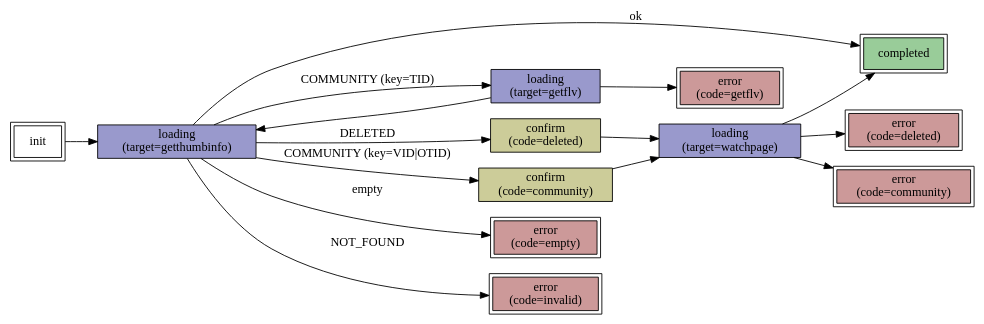
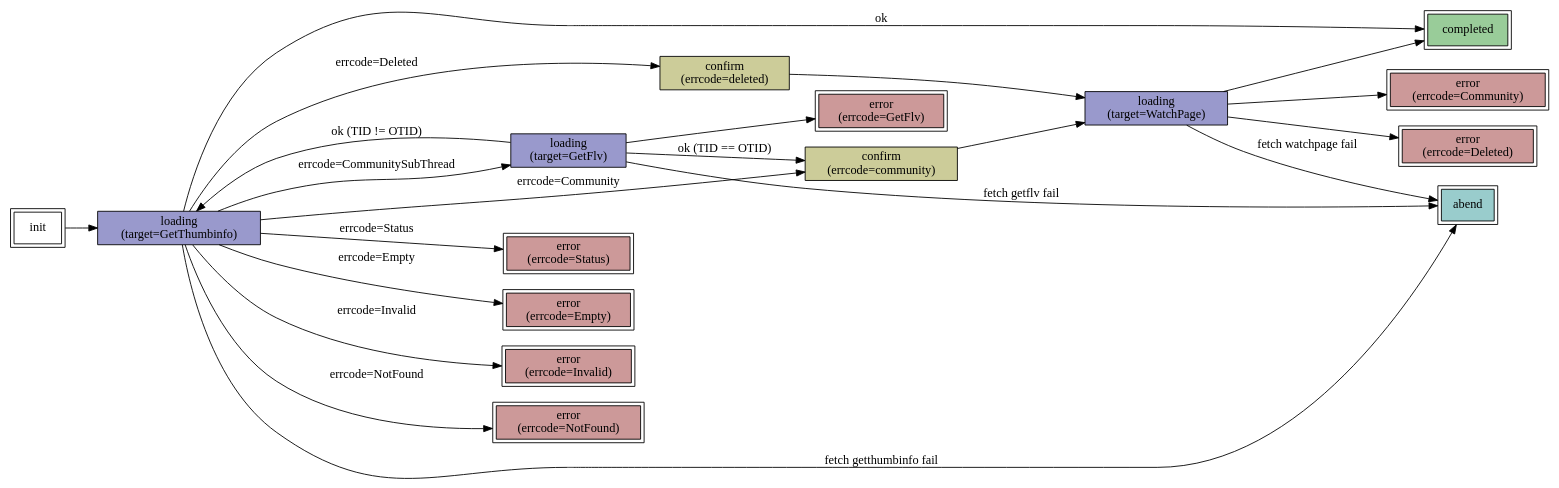
One commit to gifnksm/nicovideo-thumbinfo-popup changed the diagram in doc/nico_thumbinfo/dot/getthumbinfo_fsm.dot. Above: the diagram before and after it, drawn with Graphviz. The commit also changed 8 other files, not shown here.

Commit message:
Implement GetThumbinfo handling logic

```diff
--- a/doc/nico_thumbinfo/dot/getthumbinfo_fsm.dot
+++ b/doc/nico_thumbinfo/dot/getthumbinfo_fsm.dot
@@ -1,45 +1,56 @@
 digraph getthuminfo_fsm {
     rankdir = LR;
 
     node [shape = box];
 
     init [label = "init", peripheries = 2];
 
     node [style = filled, fillcolor = "#99cc99", peripheries = 2];
     completed [label = "completed"];
 
     node [style = filled, fillcolor = "#9999cc", peripheries = 1];
-    load_getthumbinfo [label = "loading\n(target=getthumbinfo)"];
-    load_getflv [label = "loading\n(target=getflv)"];
-    load_watchpage [label = "loading\n(target=watchpage)"];
+    load_getthumbinfo [label = "loading\n(target=GetThumbinfo)"];
+    load_getflv [label = "loading\n(target=GetFlv)"];
+    load_watchpage [label = "loading\n(target=WatchPage)"];
 
     node [style = filled, fillcolor = "#cccc99", peripheries = 1];
-    confirm_deleted [label = "confirm\n(code=deleted)"];
-    confirm_community [label = "confirm\n(code=community)"];
+    confirm_deleted [label = "confirm\n(errcode=deleted)"];
+    confirm_community [label = "confirm\n(errcode=community)"];
 
     node [style = filled, fillcolor = "#cc9999", peripheries = 2];
-    error_empty [label = "error\n(code=empty)"];
-    error_invalid [label = "error\n(code=invalid)"];
-    error_deleted [label = "error\n(code=deleted)"];
-    error_community [label = "error\n(code=community)"];
-    error_getflv [label = "error\n(code=getflv)"];
+    error_status [label = "error\n(errcode=Status)"];
+    error_empty [label = "error\n(errcode=Empty)"];
+    error_invalid [label = "error\n(errcode=Invalid)"];
+    error_deleted [label = "error\n(errcode=Deleted)"];
+    error_community [label = "error\n(errcode=Community)"];
+    error_notfound [ label = "error\n(errcode=NotFound)"];
+    error_getflv [label = "error\n(errcode=GetFlv)"];
+
+    node [style = filled, fillcolor = "#99cccc", peripheries = 2];
+    abend [label = "abend"];
 
     init -> load_getthumbinfo;
 
     load_getthumbinfo -> completed [label = "ok"];
-    load_getthumbinfo -> error_empty [label = "empty"];
-    load_getthumbinfo -> error_invalid [label = "NOT_FOUND"];
-    load_getthumbinfo -> confirm_deleted [label = "DELETED"];
-    load_getthumbinfo -> confirm_community [label = "COMMUNITY (key=VID|OTID)"]
-    load_getthumbinfo -> load_getflv [label = "COMMUNITY (key=TID)"];
+    load_getthumbinfo -> error_status [label = "errcode=Status"];
+    load_getthumbinfo -> error_empty [label = "errcode=Empty"];
+    load_getthumbinfo -> error_invalid [label = "errcode=Invalid"];
+    load_getthumbinfo -> confirm_deleted [label = "errcode=Deleted"];
+    load_getthumbinfo -> confirm_community [label = "errcode=Community"]
+    load_getthumbinfo -> load_getflv [label = "errcode=CommunitySubThread"];
+    load_getthumbinfo -> error_notfound [label = "errcode=NotFound"];
+    load_getthumbinfo -> abend [label = "fetch getthumbinfo fail"];
 
     confirm_deleted -> load_watchpage;
     confirm_community -> load_watchpage;
 
     load_watchpage -> completed;
     load_watchpage -> error_deleted;
     load_watchpage -> error_community;
+    load_watchpage -> abend [ label = "fetch watchpage fail"];
 
     load_getflv -> error_getflv;
-    load_getflv -> load_getthumbinfo;
+    load_getflv -> load_getthumbinfo [label = "ok (TID != OTID)"];
+    load_getflv -> abend [label = "fetch getflv fail"];
+    load_getflv -> confirm_community [label = "ok (TID == OTID)"];
 }
```
